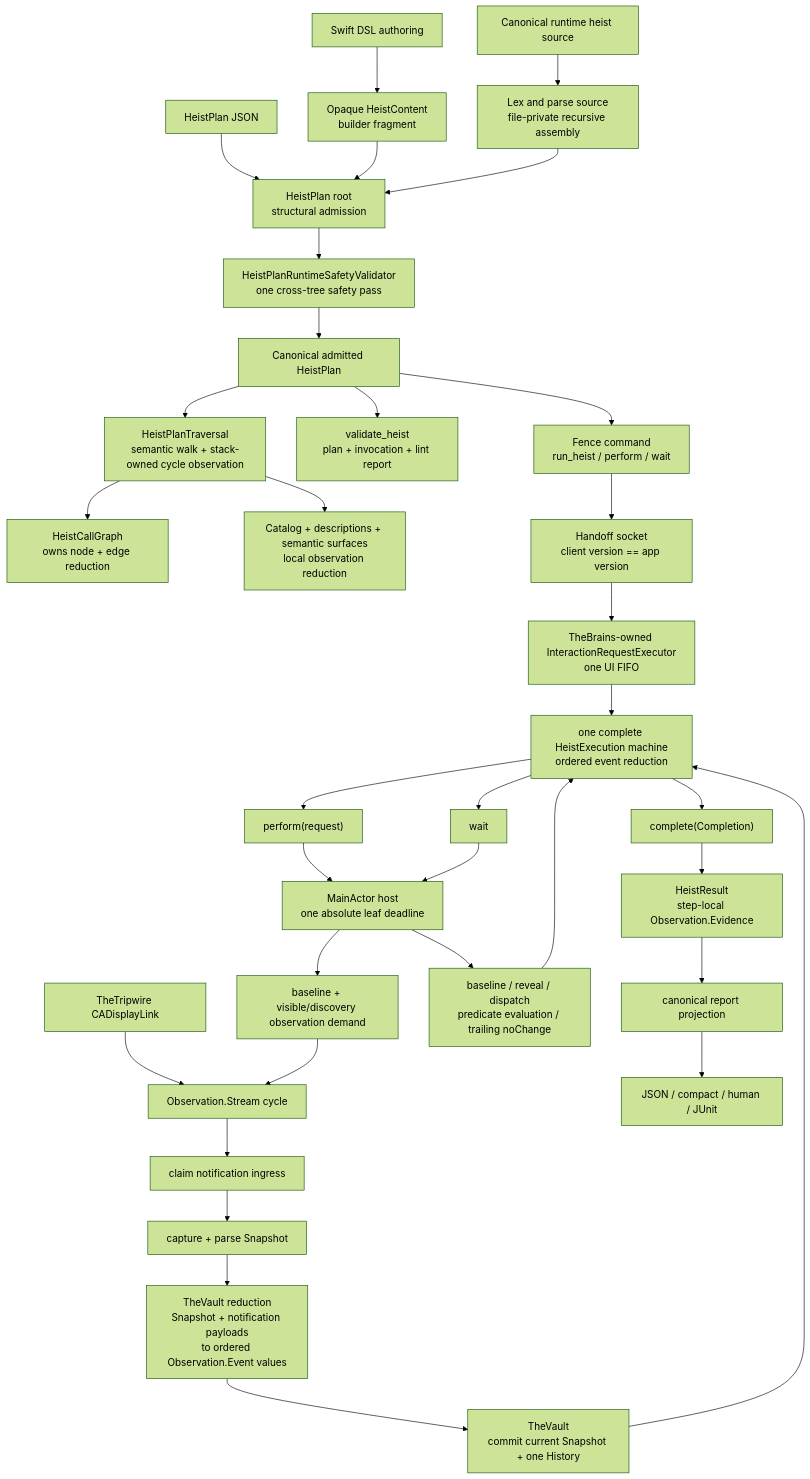
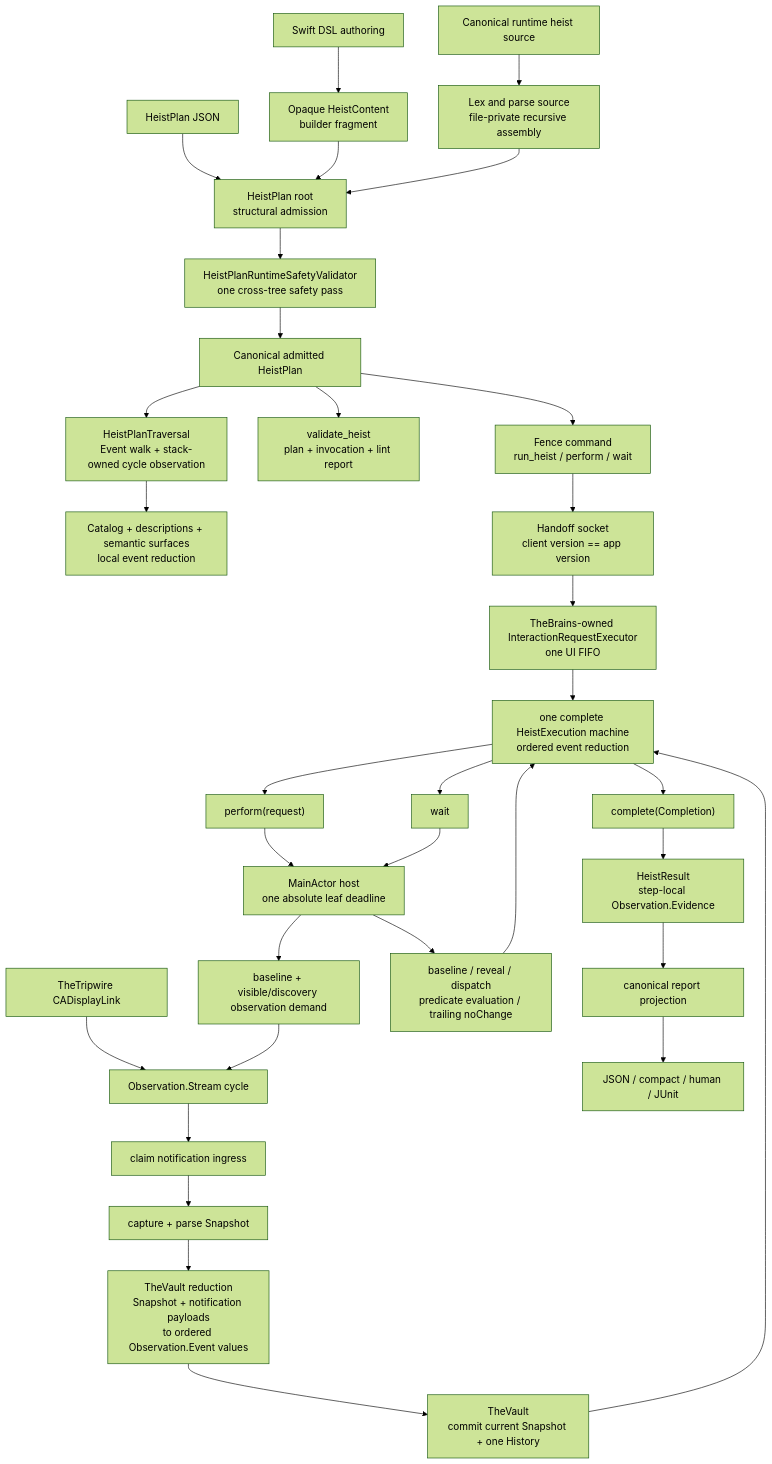
The second of 2 diagrams in docs/ARCHITECTURE.md (RoyalPineapple/TheButtonHeist), drawn with Mermaid (forest theme) before and after one commit. The commit also changed other lines of this file and 10 other files, not shown here.

Commit message:
Collapse plan traversal currencies

````diff
--- a/docs/ARCHITECTURE.md
+++ b/docs/ARCHITECTURE.md
@@ -730,37 +729,36 @@
 ```mermaid
 flowchart TD
     SwiftAuthor["Swift DSL authoring"] --> Fragment["Opaque HeistContent<br/>builder fragment"]
     SourceAuthor["Canonical runtime heist source"] --> Parse["Lex and parse source<br/>file-private recursive assembly"]
     JSONAuthor["HeistPlan JSON"] --> RootAdmission
     Fragment --> RootAdmission["HeistPlan root<br/>structural admission"]
     Parse --> RootAdmission
     RootAdmission --> Validate["HeistPlanRuntimeSafetyValidator<br/>one cross-tree safety pass"]
     Validate --> Plan["Canonical admitted HeistPlan"]
-    Plan --> Walk["HeistPlanTraversal<br/>semantic walk + stack-owned cycle observation"]
-    Walk --> Graph["HeistCallGraph<br/>owns node + edge reduction"]
-    Walk --> Discovery["Catalog + descriptions + semantic surfaces<br/>local observation reduction"]
+    Plan --> Walk["HeistPlanTraversal<br/>Event walk + stack-owned cycle observation"]
+    Walk --> Discovery["Catalog + descriptions + semantic surfaces<br/>local event reduction"]
     Plan --> OfflineReport["validate_heist<br/>plan + invocation + lint report"]
     Plan --> FenceCommand["Fence command<br/>run_heist / perform / wait"]
     FenceCommand --> HandoffSocket["Handoff socket<br/>client version == app version"]
     HandoffSocket --> Executor["TheBrains-owned InteractionRequestExecutor<br/>one UI FIFO"]
 
     Executor --> Machine["one complete HeistExecution machine<br/>ordered event reduction"]
     Host["MainActor host<br/>one absolute leaf deadline"] --> Demand["baseline + visible/discovery observation demand"]
     Link["TheTripwire CADisplayLink"] --> Cycle["Observation.Stream cycle"]
     Demand --> Cycle
     Cycle --> Claim["claim notification ingress"]
     Claim --> Capture["capture + parse Snapshot"]
     Capture --> Reduce["TheVault reduction<br/>Snapshot + notification payloads<br/>to ordered Observation.Event values"]
     Reduce --> Vault["TheVault<br/>commit current Snapshot + one History"]
     Vault --> Machine
     Machine --> Perform["perform(request)"]
     Machine --> Wait["wait"]
     Machine --> Complete["complete(Completion)"]
     Perform --> Host
     Wait --> Host
     Host --> LeafWork["baseline / reveal / dispatch<br/>predicate evaluation / trailing noChange"]
     LeafWork --> Machine
     Complete --> Result["HeistResult<br/>step-local Observation.Evidence"]
     Result --> Project["canonical report projection"]
     Project --> Response["JSON / compact / human / JUnit"]
 ```
````
